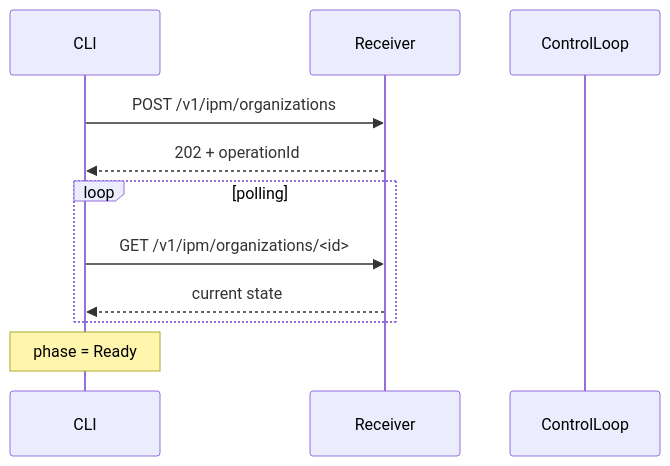
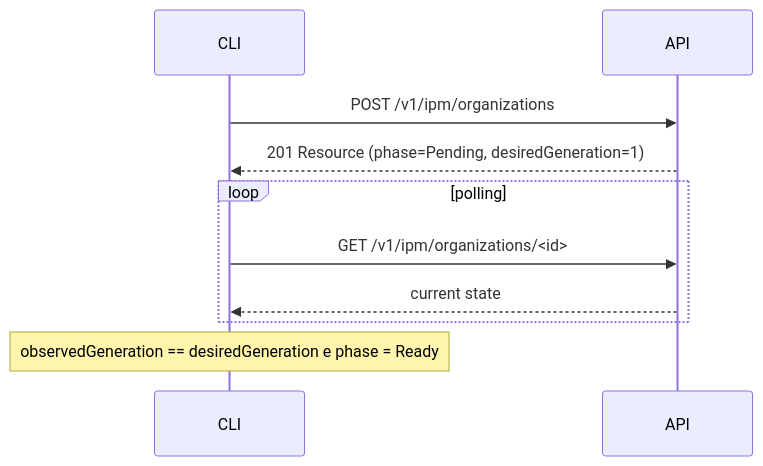
Diagram 16 of 16 in docs/loop/RESOURCE-CONTROL-LOOP.md (danielsabatini/smarkee), drawn with Mermaid before and after one commit. The commit also changed other lines of this file, not shown here.

Commit message:
docs(loop): atualiza RESOURCE-CONTROL-LOOP.md para modelos vigentes da plataforma

````diff
--- a/docs/loop/RESOURCE-CONTROL-LOOP.md
+++ b/docs/loop/RESOURCE-CONTROL-LOOP.md
@@ -1457,16 +1297,15 @@
 ```mermaid
 sequenceDiagram
     participant CLI
-    participant Receiver
-    participant ControlLoop
+    participant API
 
-    CLI->>Receiver: POST /v1/ipm/organizations
-    Receiver-->>CLI: 202 + operationId
+    CLI->>API: POST /v1/ipm/organizations
+    API-->>CLI: 201 Resource (phase=Pending, desiredGeneration=1)
 
     loop polling
-        CLI->>Receiver: GET /v1/ipm/organizations/<id>
-        Receiver-->>CLI: current state
+        CLI->>API: GET /v1/ipm/organizations/<id>
+        API-->>CLI: current state
     end
 
-    Note over CLI: phase = Ready
+    Note over CLI: observedGeneration == desiredGeneration e phase = Ready
 ```
````
